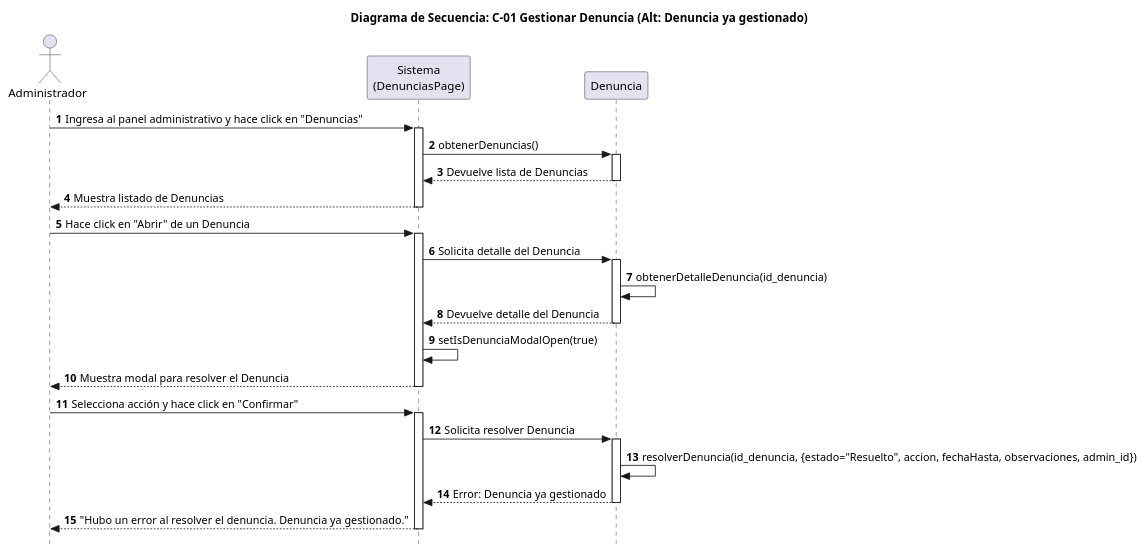
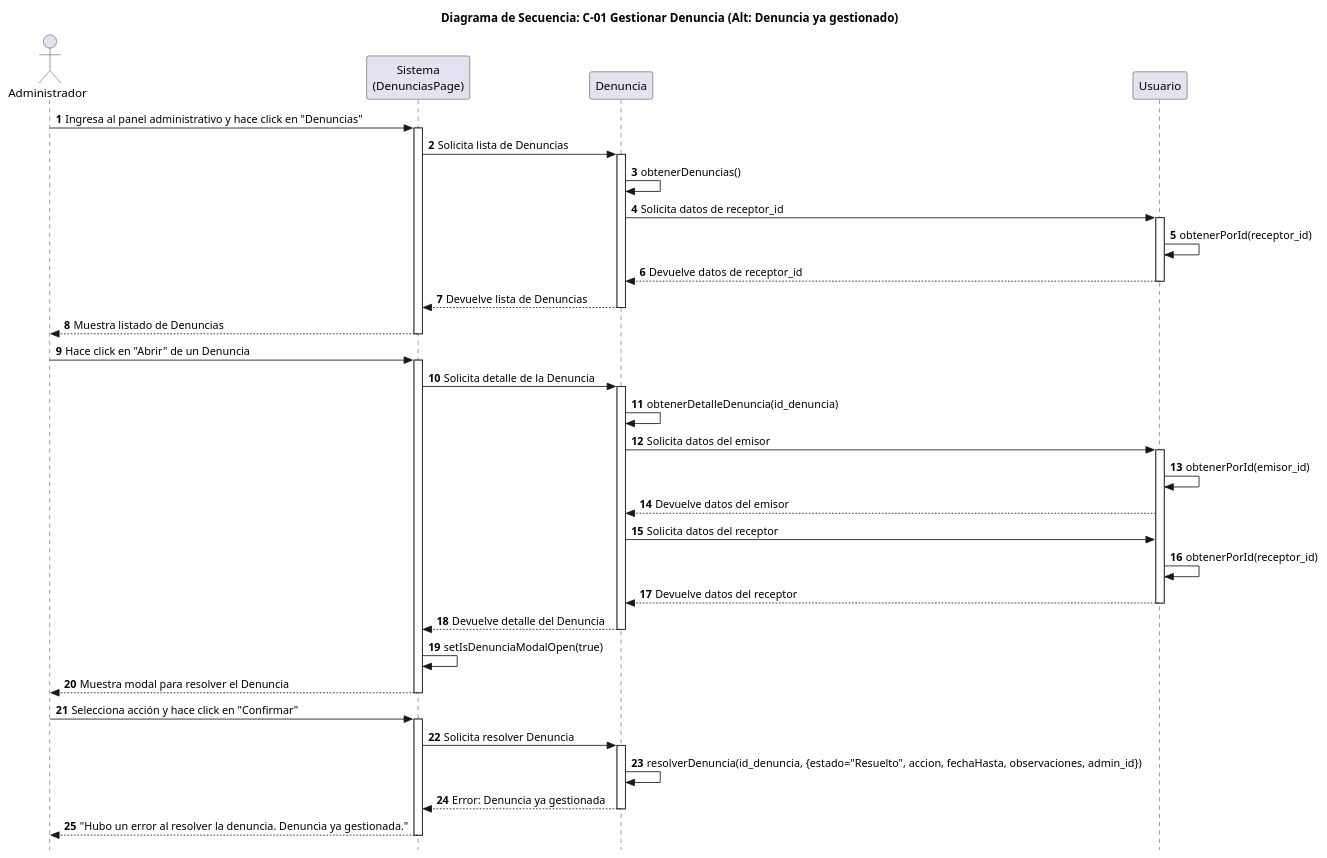
Before and after one commit to SantiagoScetti/sic-unne-admin: the diagram in docs/puml/diagramas_de_Secuencia_Sabrina/C-01 Gestionar Denuncias (denuncia ya procesada).puml, drawn with PlantUML. The commit also changed 3 other files, not shown here.

Commit message:
Cambios en codigos uml para diagrama de secuencias

```diff
--- a/docs/puml/diagramas_de_Secuencia_Sabrina/C-01 Gestionar Denuncias (denuncia ya procesada).puml
+++ b/docs/puml/diagramas_de_Secuencia_Sabrina/C-01 Gestionar Denuncias (denuncia ya procesada).puml
@@ -1,44 +1,59 @@
 @startuml
 
 title Diagrama de Secuencia: C-01 Gestionar Denuncia (Alt: Denuncia ya gestionado)
 
 skinparam style strictuml
 skinparam ParticipantPadding 30
 skinparam BoxPadding 12
 
 autonumber
 
 actor Administrador
 participant "Sistema\n(DenunciasPage)" as Interfaz
 participant "Denuncia"                   as Denuncia
 
 Administrador -> Interfaz: Ingresa al panel administrativo y hace click en "Denuncias"
 activate Interfaz
-Interfaz -> Denuncia: obtenerDenuncias()
+Interfaz -> Denuncia: Solicita lista de Denuncias
 activate Denuncia
+Denuncia -> Denuncia: obtenerDenuncias()
+Denuncia -> Usuario: Solicita datos de receptor_id
+activate Usuario
+Usuario -> Usuario: obtenerPorId(receptor_id)
+Usuario --> Denuncia: Devuelve datos de receptor_id
+deactivate Usuario
 Denuncia --> Interfaz: Devuelve lista de Denuncias
 deactivate Denuncia
 Interfaz --> Administrador: Muestra listado de Denuncias
 deactivate Interfaz
 Administrador -> Interfaz: Hace click en "Abrir" de un Denuncia
 activate Interfaz
-Interfaz -> Denuncia: Solicita detalle del Denuncia
+Interfaz -> Denuncia: Solicita detalle de la Denuncia
 activate Denuncia
 Denuncia -> Denuncia: obtenerDetalleDenuncia(id_denuncia)
+Denuncia -> Usuario: Solicita datos del emisor
+activate Usuario
+Usuario -> Usuario: obtenerPorId(emisor_id)
+Usuario --> Denuncia: Devuelve datos del emisor
+Denuncia -> Usuario: Solicita datos del receptor
+Usuario -> Usuario: obtenerPorId(receptor_id)
+Usuario --> Denuncia: Devuelve datos del receptor
+deactivate Usuario
+
 Denuncia --> Interfaz: Devuelve detalle del Denuncia
 deactivate Denuncia
 Interfaz -> Interfaz: setIsDenunciaModalOpen(true)
 Interfaz --> Administrador: Muestra modal para resolver el Denuncia
 deactivate Interfaz
 Administrador -> Interfaz: Selecciona acción y hace click en "Confirmar"
 activate Interfaz
 Interfaz -> Denuncia: Solicita resolver Denuncia
 activate Denuncia
 Denuncia -> Denuncia: resolverDenuncia(id_denuncia, {estado="Resuelto", accion, fechaHasta, observaciones, admin_id})
-Denuncia --> Interfaz: Error: Denuncia ya gestionado
+Denuncia --> Interfaz: Error: Denuncia ya gestionada
 deactivate Denuncia
-Interfaz --> Administrador: "Hubo un error al resolver el denuncia. Denuncia ya gestionado."
+Interfaz --> Administrador: "Hubo un error al resolver la denuncia. Denuncia ya gestionada."
 
 deactivate Interfaz
 
 @enduml
```
